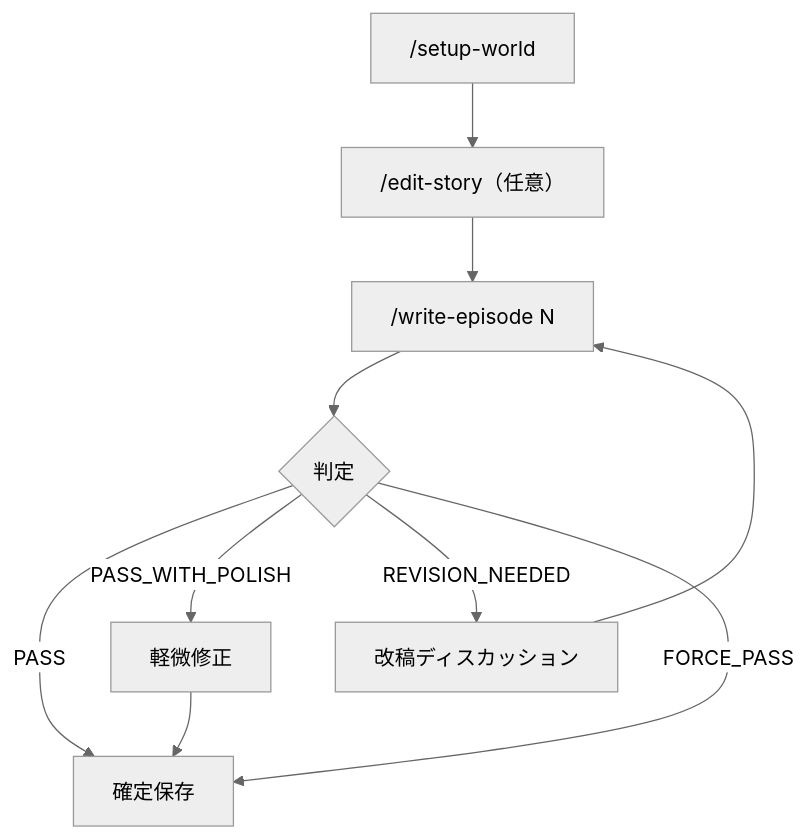
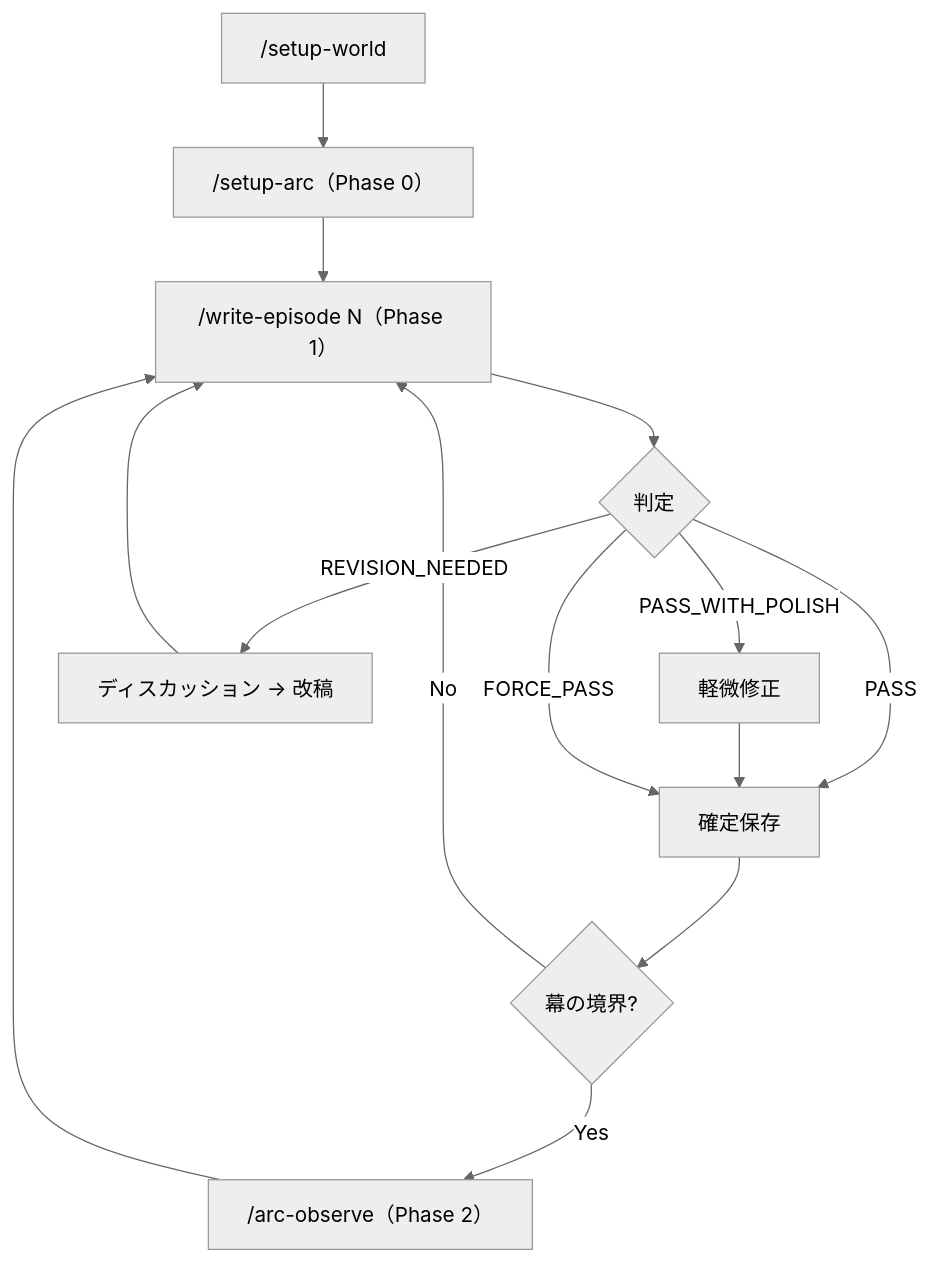
Before and after one commit to finelagusaz/Agentic_Writing: the first of 3 diagrams in docs/workflows.md, drawn with Mermaid (neutral theme). The commit also changed other lines of this file and 1 other file, not shown here.

````diff
--- a/docs/workflows.md
+++ b/docs/workflows.md
@@ -5,12 +5,16 @@
 ```mermaid
 flowchart TD
-    S["/setup-world"] --> E["/edit-story（任意）"]
-    E --> W["/write-episode N"]
+    SW["/setup-world"] --> SA["/setup-arc（Phase 0）"]
+    SA --> W["/write-episode N（Phase 1）"]
     W --> J{"判定"}
     J -->|PASS| F["確定保存"]
     J -->|PASS_WITH_POLISH| P["軽微修正"]
     P --> F
-    J -->|REVISION_NEEDED| R["改稿ディスカッション"]
+    J -->|REVISION_NEEDED| R["ディスカッション → 改稿"]
     R --> W
     J -->|FORCE_PASS| F
+    F --> B{"幕の境界?"}
+    B -->|Yes| AO["/arc-observe（Phase 2）"]
+    AO --> W
+    B -->|No| W
 ```
````
